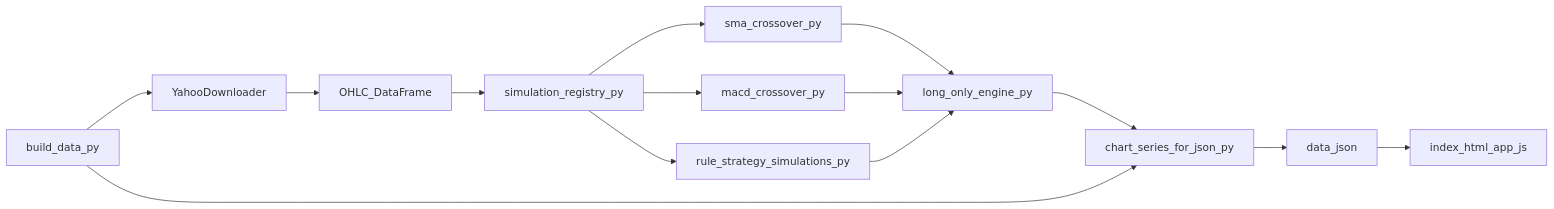
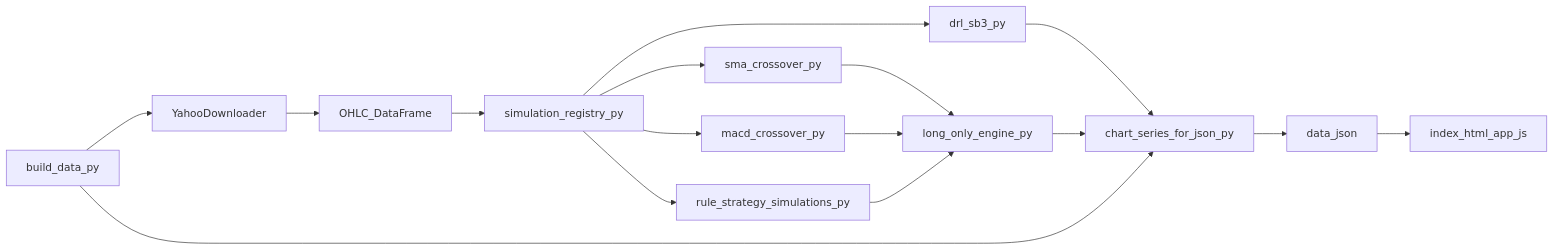
Before and after one commit to kelvinlyy/FinRL: the diagram in web/README.md, drawn with Mermaid. The commit also changed other lines of this file and 4 other files, not shown here.

````diff
--- a/web/README.md
+++ b/web/README.md
@@ -47,27 +60,30 @@
 ```mermaid
 flowchart LR
   yahoo[YahooDownloader]
   raw[OHLC_DataFrame]
   reg[simulation_registry_py]
   rules[rule_strategy_simulations_py]
   sma[sma_crossover_py]
   macd[macd_crossover_py]
+  drl[drl_sb3_py]
   engine[long_only_engine_py]
   ser[chart_series_for_json_py]
   json[data_json]
   browser[index_html_app_js]
 
   yahoo --> raw
   raw --> reg
   reg --> rules
   reg --> sma
   reg --> macd
+  reg --> drl
   sma --> engine
   macd --> engine
   rules --> engine
+  drl --> ser
   engine --> ser
   build[build_data_py] --> yahoo
   build --> ser
   ser --> json
   json --> browser
 ```
````
